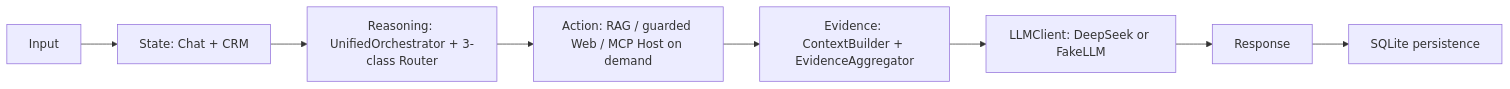
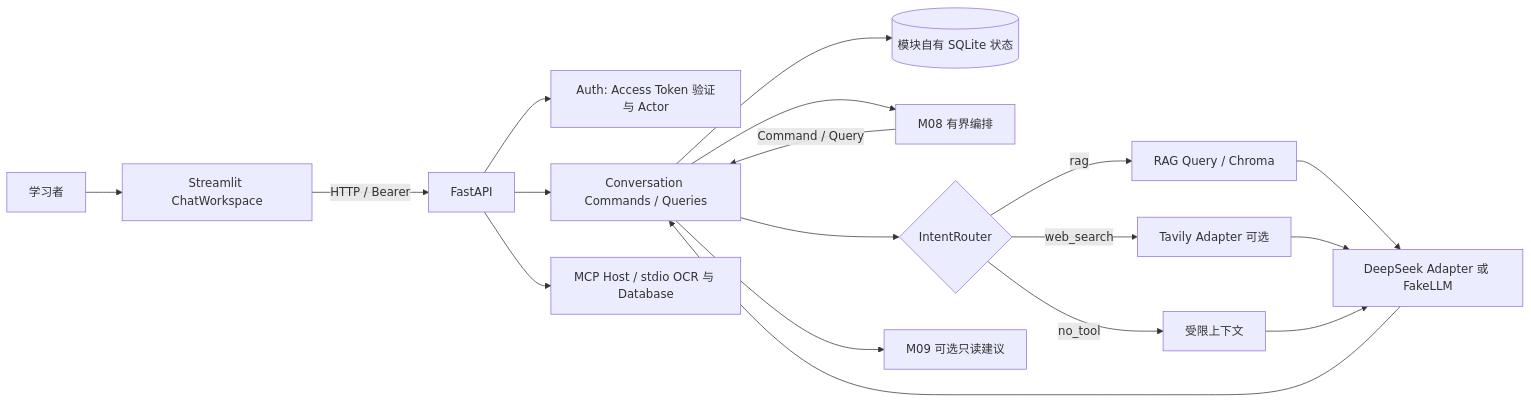
The diagram in README.md (JXcloudforge/unified_deutschpath_agent), drawn with Mermaid before and after one commit. The commit also changed other lines of this file and 96 other files, not shown here.

````diff
--- a/README.md
+++ b/README.md
@@ -46,10 +36,20 @@
 ```mermaid
 flowchart LR
-  I[Input] --> S[State: Chat + CRM]
-  S --> R[Reasoning: UnifiedOrchestrator + 3-class Router]
-  R --> A[Action: RAG / guarded Web / MCP Host on demand]
-  A --> E[Evidence: ContextBuilder + EvidenceAggregator]
-  E --> L[LLMClient: DeepSeek or FakeLLM]
-  L --> O[Response]
-  O --> P[SQLite persistence]
+  U[学习者] --> UI[Streamlit ChatWorkspace]
+  UI -->|HTTP / Bearer| API[FastAPI]
+  API --> AUTH[Auth: Access Token 验证与 Actor]
+  API --> CHAT[Conversation Commands / Queries]
+  CHAT --> DB[(模块自有 SQLite 状态)]
+  CHAT --> M08[M08 有界编排]
+  M08 -->|Command / Query| CHAT
+  CHAT --> ROUTER{IntentRouter}
+  ROUTER -->|rag| RAG[RAG Query / Chroma]
+  ROUTER -->|web_search| WEB[Tavily Adapter 可选]
+  ROUTER -->|no_tool| CTX[受限上下文]
+  RAG --> LLM[DeepSeek Adapter 或 FakeLLM]
+  WEB --> LLM
+  CTX --> LLM
+  LLM --> CHAT
+  CHAT --> M09[M09 可选只读建议]
+  API --> MCP[MCP Host / stdio OCR 与 Database]
 ```
````
